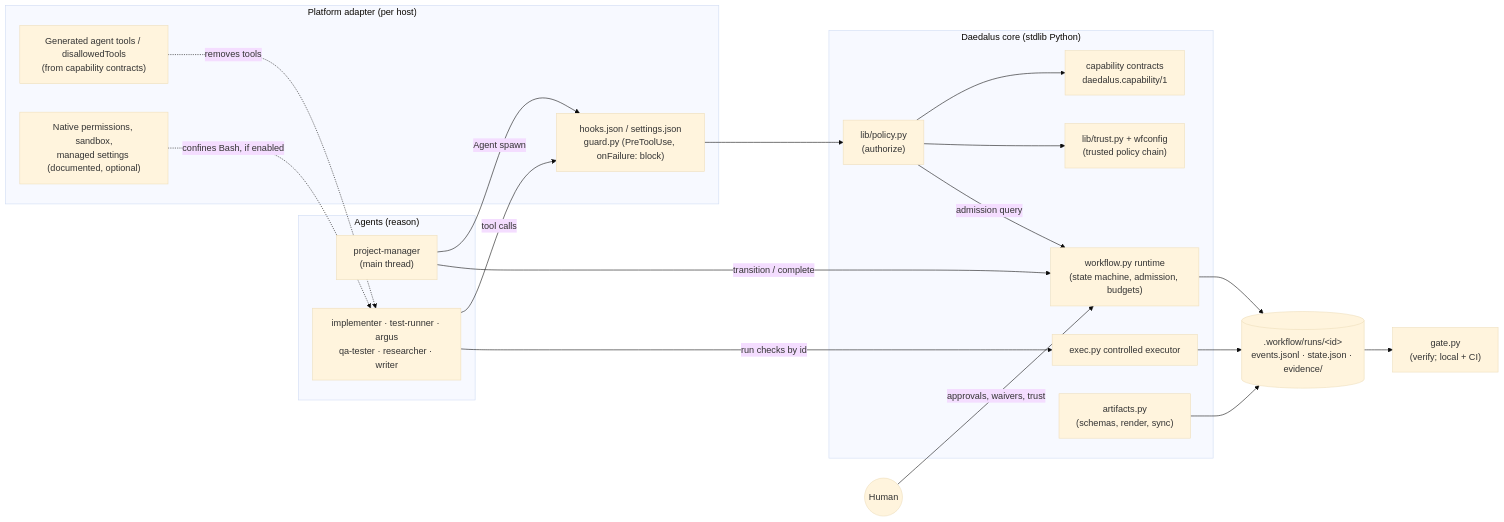
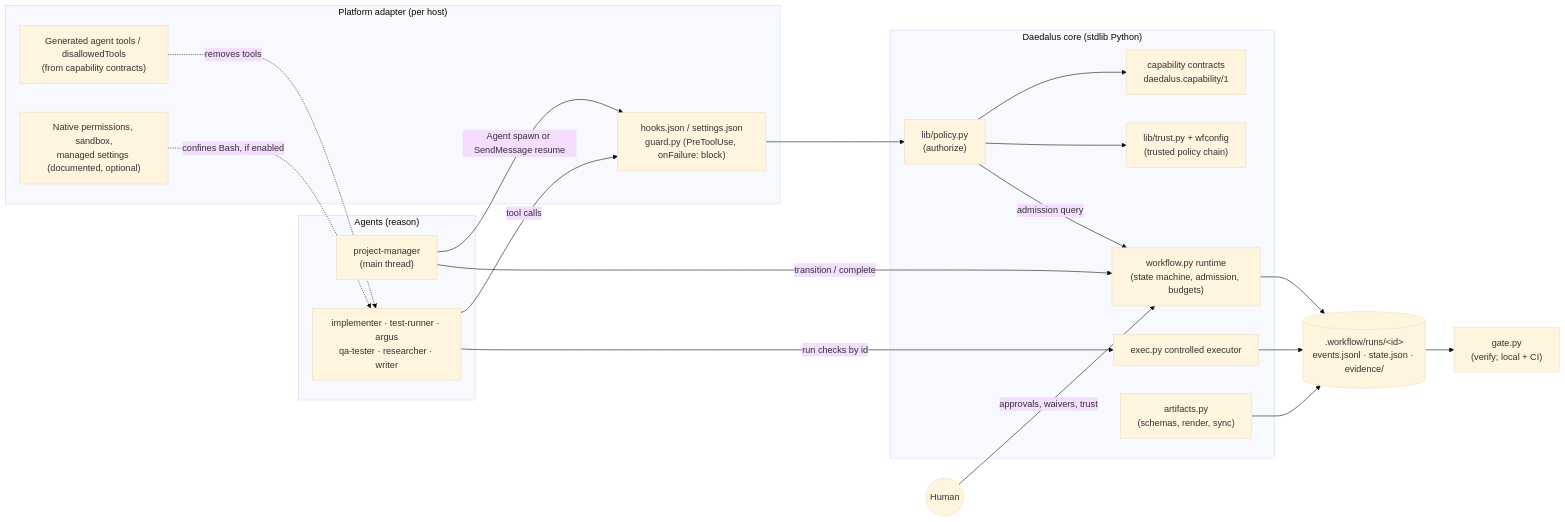
Before and after one commit to iamjcabalejo/daedalus: the second of 12 diagrams in docs/plans/daedalus-hardening-roadmap.md, drawn with Mermaid (base theme). The commit also changed other lines of this file and 492 other files, not shown here.

````diff
--- a/docs/plans/daedalus-hardening-roadmap.md
+++ b/docs/plans/daedalus-hardening-roadmap.md
@@ -722,37 +744,37 @@
 ```mermaid
 flowchart LR
   subgraph AGENTS["Agents (reason)"]
     PM["project-manager<br/>(main thread)"]
     R["implementer · test-runner · argus<br/>qa-tester · researcher · writer"]
   end
   subgraph ADAPT["Platform adapter (per host)"]
     HJ["hooks.json / settings.json<br/>guard.py (PreToolUse, onFailure: block)"]
     FM["Generated agent tools / disallowedTools<br/>(from capability contracts)"]
     NP["Native permissions, sandbox,<br/>managed settings (documented, optional)"]
   end
   subgraph CORE["Daedalus core (stdlib Python)"]
     POL["lib/policy.py<br/>(authorize)"]
     TR["lib/trust.py + wfconfig<br/>(trusted policy chain)"]
     CAP["capability contracts<br/>daedalus.capability/1"]
     RT["workflow.py runtime<br/>(state machine, admission, budgets)"]
     EX["exec.py controlled executor"]
     ART["artifacts.py<br/>(schemas, render, sync)"]
   end
   STORE[(".workflow/runs/&lt;id&gt;<br/>events.jsonl · state.json · evidence/")]
   GATE["gate.py<br/>(verify; local + CI)"]
   HUMAN(("Human"))
-  PM -->|"Agent spawn"| HJ
+  PM -->|"Agent spawn or SendMessage resume"| HJ
   R -->|"tool calls"| HJ
   HJ --> POL
   POL --> CAP
   POL --> TR
   POL -->|"admission query"| RT
   PM -->|"transition / complete"| RT
   R -->|"run checks by id"| EX --> STORE
   RT --> STORE
   ART --> STORE
   STORE --> GATE
   HUMAN -->|"approvals, waivers, trust"| RT
   FM -.->|"removes tools"| R
   NP -.->|"confines Bash, if enabled"| R
 ```
````
